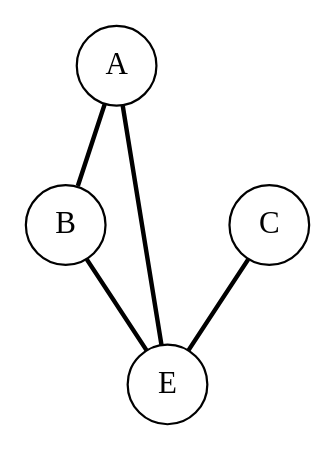
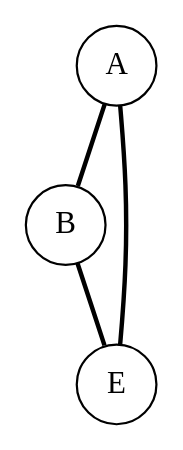
The diagram in report/GrafoNodos.dot (oscarc99/EDD_DIC_2019_PY2_201709140-), drawn with Graphviz before and after one commit. The commit also changed 179 other files, not shown here.

```diff
--- a/report/GrafoNodos.dot
+++ b/report/GrafoNodos.dot
@@ -1,8 +1,7 @@
  digraph G{ 
  node [shape=circle]; 
 A -> B[penwidth=2, arrowhead=none] ; 
 A -> E[penwidth=2, arrowhead=none] ; 
 B -> E[penwidth=2, arrowhead=none] ; 
-C -> E[penwidth=2, arrowhead=none] ; 
 
 }
```
